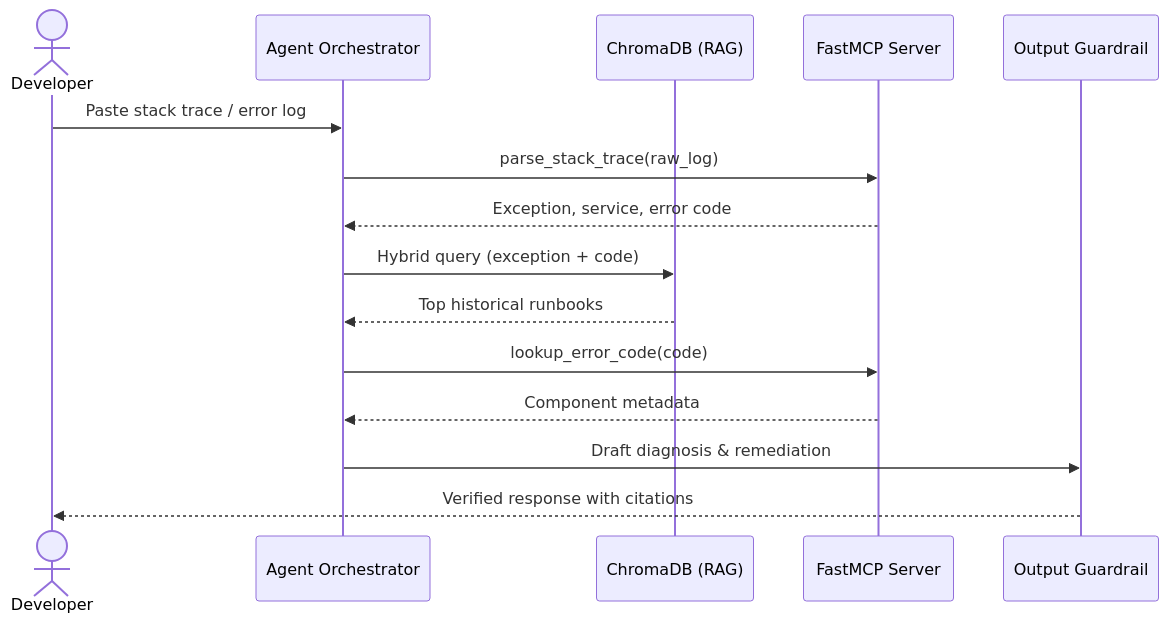
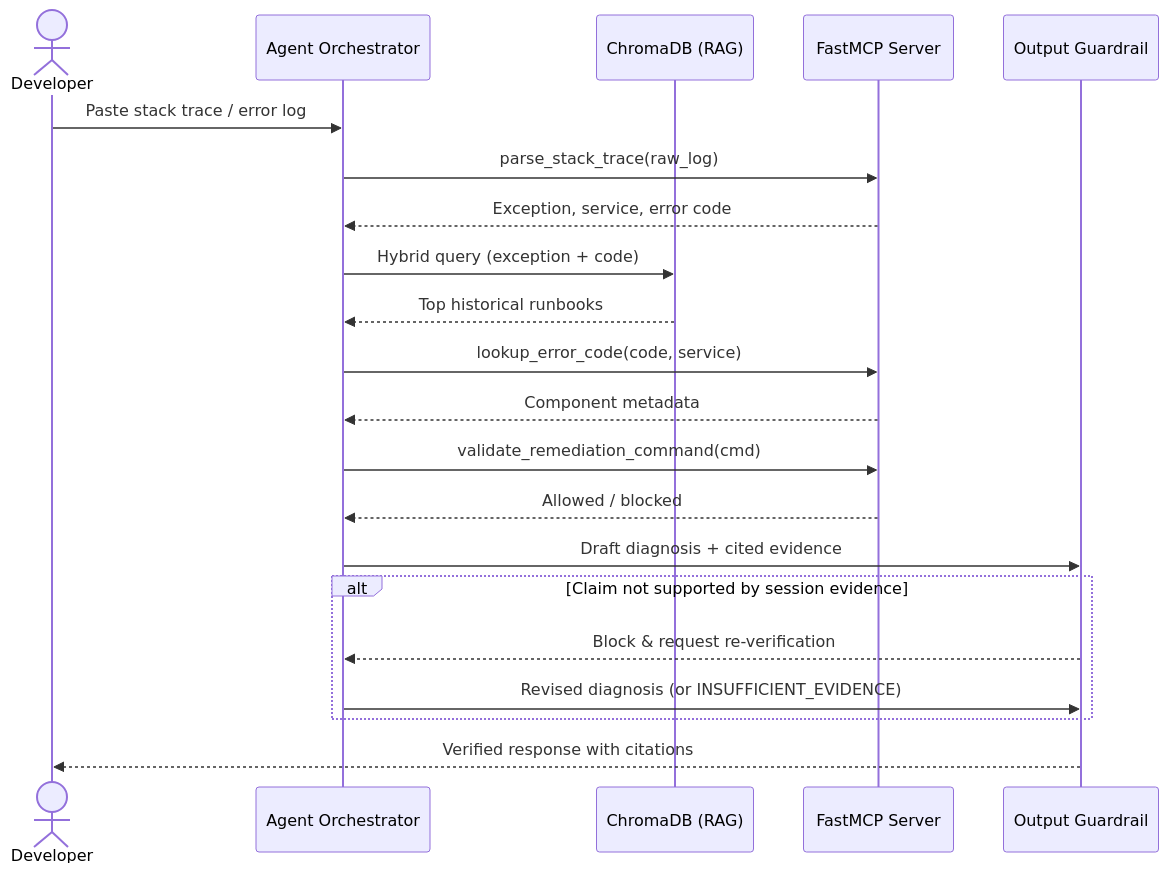
Before and after one commit to dianatimis24/LLMs-project: the second of 2 diagrams in docs/Architecture_and_Plan.md, drawn with Mermaid. The commit also changed other lines of this file and 11 other files, not shown here.

````diff
--- a/docs/Architecture_and_Plan.md
+++ b/docs/Architecture_and_Plan.md
@@ -34,18 +35,24 @@
 ```mermaid
 sequenceDiagram
     actor Dev as Developer
     participant Agent as Agent Orchestrator
     participant RAG as ChromaDB (RAG)
     participant MCP as FastMCP Server
     participant Guard as Output Guardrail
 
     Dev->>Agent: Paste stack trace / error log
     Agent->>MCP: parse_stack_trace(raw_log)
     MCP-->>Agent: Exception, service, error code
     Agent->>RAG: Hybrid query (exception + code)
     RAG-->>Agent: Top historical runbooks
-    Agent->>MCP: lookup_error_code(code)
+    Agent->>MCP: lookup_error_code(code, service)
     MCP-->>Agent: Component metadata
-    Agent->>Guard: Draft diagnosis & remediation
+    Agent->>MCP: validate_remediation_command(cmd)
+    MCP-->>Agent: Allowed / blocked
+    Agent->>Guard: Draft diagnosis + cited evidence
+    alt Claim not supported by session evidence
+        Guard-->>Agent: Block & request re-verification
+        Agent->>Guard: Revised diagnosis (or INSUFFICIENT_EVIDENCE)
+    end
     Guard-->>Dev: Verified response with citations
 ```
````
